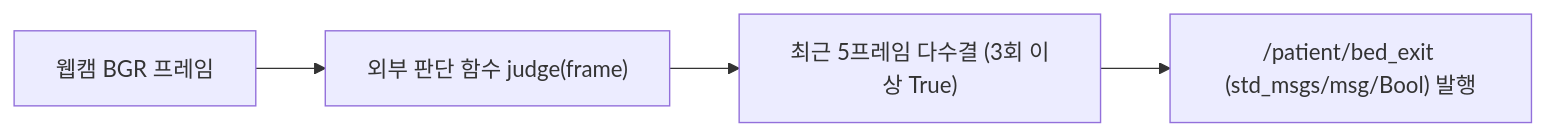
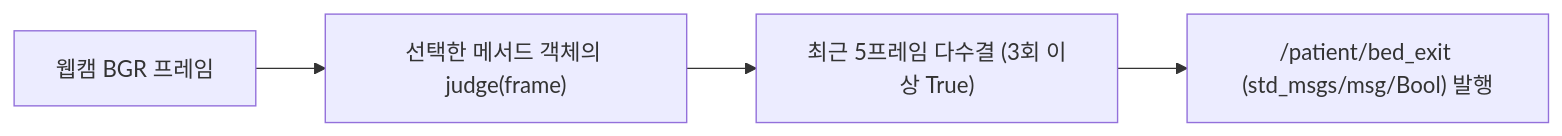
Before and after one commit to yg-gulbi/bad_autonoumous_delivery: the second of 2 diagrams in README.md, drawn with Mermaid. The commit also changed other lines of this file and 3 other files, not shown here.

````diff
--- a/README.md
+++ b/README.md
@@ -58,6 +58,6 @@
 ```mermaid
 flowchart LR
-    CAM["웹캠 BGR 프레임"] --> JUDGE["외부 판단 함수 judge(frame)"]
+    CAM["웹캠 BGR 프레임"] --> JUDGE["선택한 메서드 객체의 judge(frame)"]
     JUDGE --> VOTE["최근 5프레임 다수결 (3회 이상 True)"]
     VOTE --> PUB["/patient/bed_exit (std_msgs/msg/Bool) 발행"]
 ```
````
